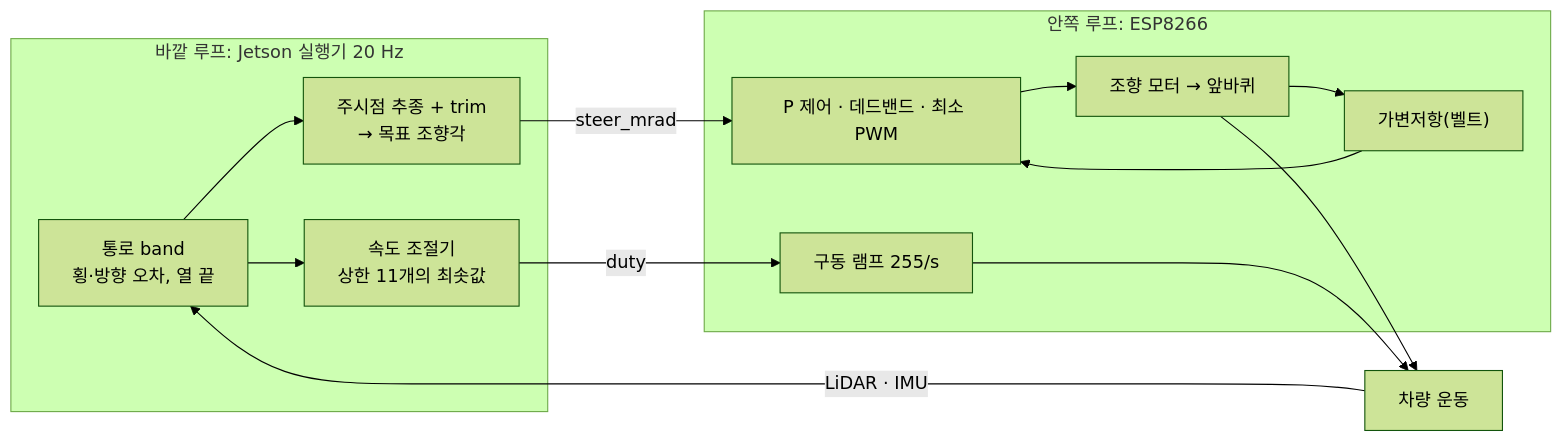
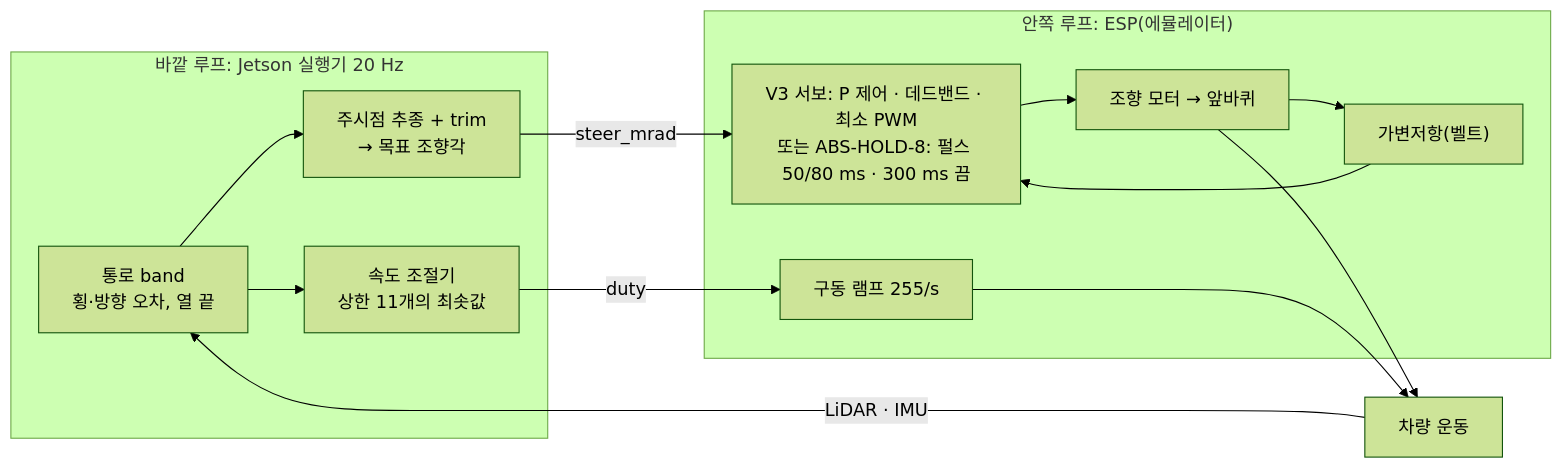
Before and after one commit to 2026-BTS-UNI-Car/unist_orchard_simulation: the second of 2 diagrams in README.md, drawn with Mermaid (forest theme). The commit also changed other lines of this file and 29 other files, not shown here.

First line of the commit message:
Add the measured-dimension profile and an ABS-HOLD-8 steering law mode for the SIM ESP emulator

````diff
--- a/README.md
+++ b/README.md
@@ -75,18 +82,18 @@
 ```mermaid
 flowchart LR
   subgraph OUT["바깥 루프: Jetson 실행기 20 Hz"]
     E0["통로 band<br/>횡·방향 오차, 열 끝"] --> PP["주시점 추종 + trim<br/>→ 목표 조향각"]
     E0 --> GOV["속도 조절기<br/>상한 11개의 최솟값"]
   end
-  subgraph IN["안쪽 루프: ESP8266"]
-    SV2["P 제어 · 데드밴드 · 최소 PWM"] --> MOT["조향 모터 → 앞바퀴"]
+  subgraph IN["안쪽 루프: ESP(에뮬레이터)"]
+    SV2["V3 서보: P 제어 · 데드밴드 · 최소 PWM<br/>또는 ABS-HOLD-8: 펄스 50/80 ms · 300 ms 끔"] --> MOT["조향 모터 → 앞바퀴"]
     MOT --> POT["가변저항(벨트)"]
     POT --> SV2
     RAMP["구동 램프 255/s"]
   end
   PP -->|"steer_mrad"| SV2
   GOV -->|"duty"| RAMP
   MOT --> CAR["차량 운동"]
   RAMP --> CAR
   CAR -->|"LiDAR · IMU"| E0
 ```
````
